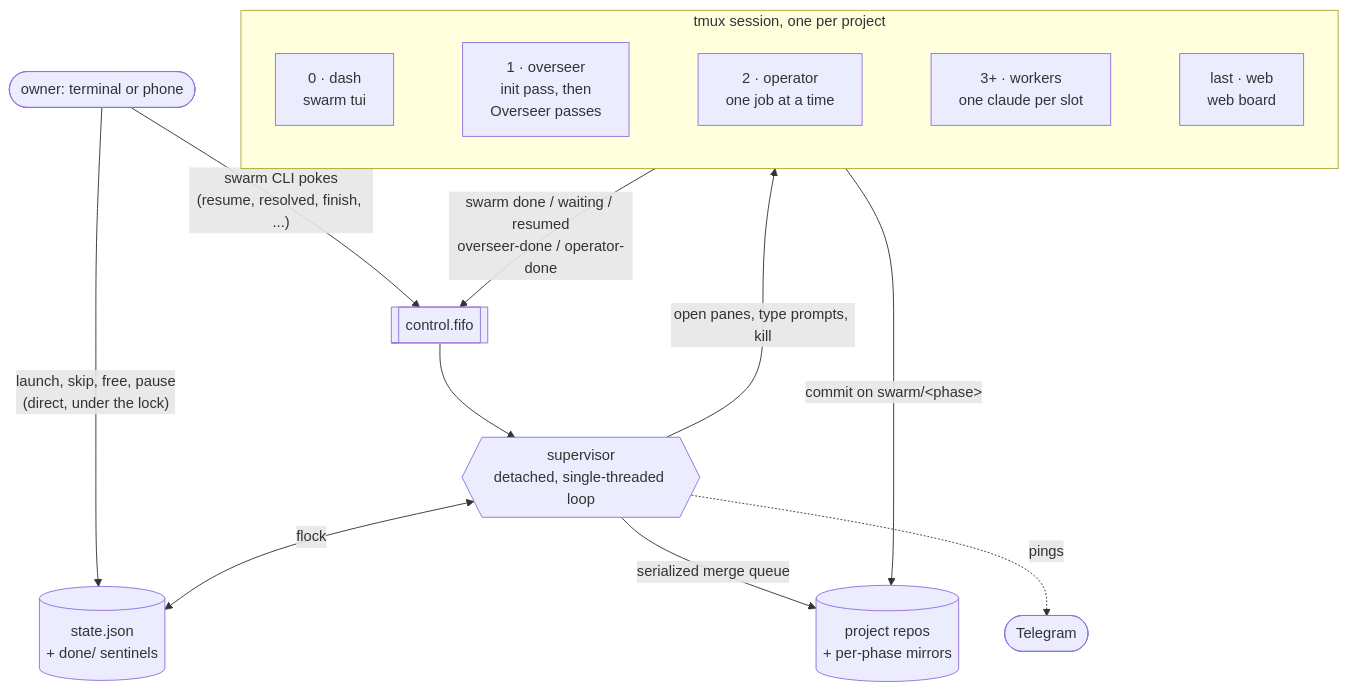
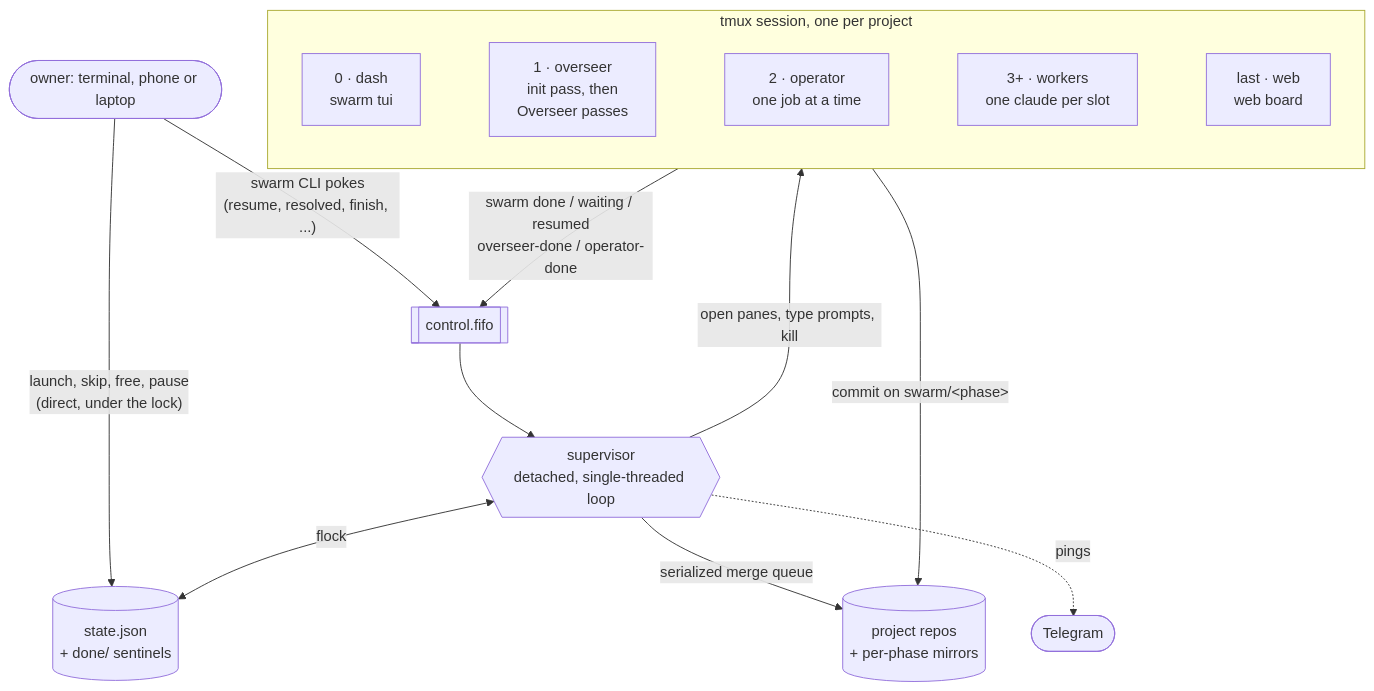
Before and after one commit to sezaiarda/swarm-orchestrator: the first of 5 diagrams in README.md, drawn with Mermaid. The commit also changed other lines of this file and 9 other files, not shown here.

````diff
--- a/README.md
+++ b/README.md
@@ -83,25 +82,25 @@
 ```mermaid
 flowchart TB
-  owner(["owner: terminal or phone"])
+  owner(["owner: terminal, phone or laptop"])
 
   subgraph S["tmux session, one per project"]
     direction LR
     dash["0 · dash<br/>swarm tui"] ~~~ ovs["1 · overseer<br/>init pass, then<br/>Overseer passes"] ~~~ opw["2 · operator<br/>one job at a time"] ~~~ wk["3+ · workers<br/>one claude per slot"] ~~~ web["last · web<br/>web board"]
   end
 
   fifo[["control.fifo"]]
   sup{{"supervisor<br/>detached, single-threaded loop"}}
   sj[("state.json<br/>+ done/ sentinels")]
   git[("project repos<br/>+ per-phase mirrors")]
   tg(["Telegram"])
 
   owner -- "swarm CLI pokes<br/>(resume, resolved, finish, ...)" --> fifo
   owner -- "launch, skip, free, pause<br/>(direct, under the lock)" --> sj
   S -- "swarm done / waiting / resumed<br/>overseer-done / operator-done" --> fifo
   fifo --> sup
   sup <-- "flock" --> sj
   sup -- "open panes, type prompts, kill" --> S
   sup -- "serialized merge queue" --> git
   S -- "commit on swarm/&lt;phase&gt;" --> git
   sup -. "pings" .-> tg
 ```
````
